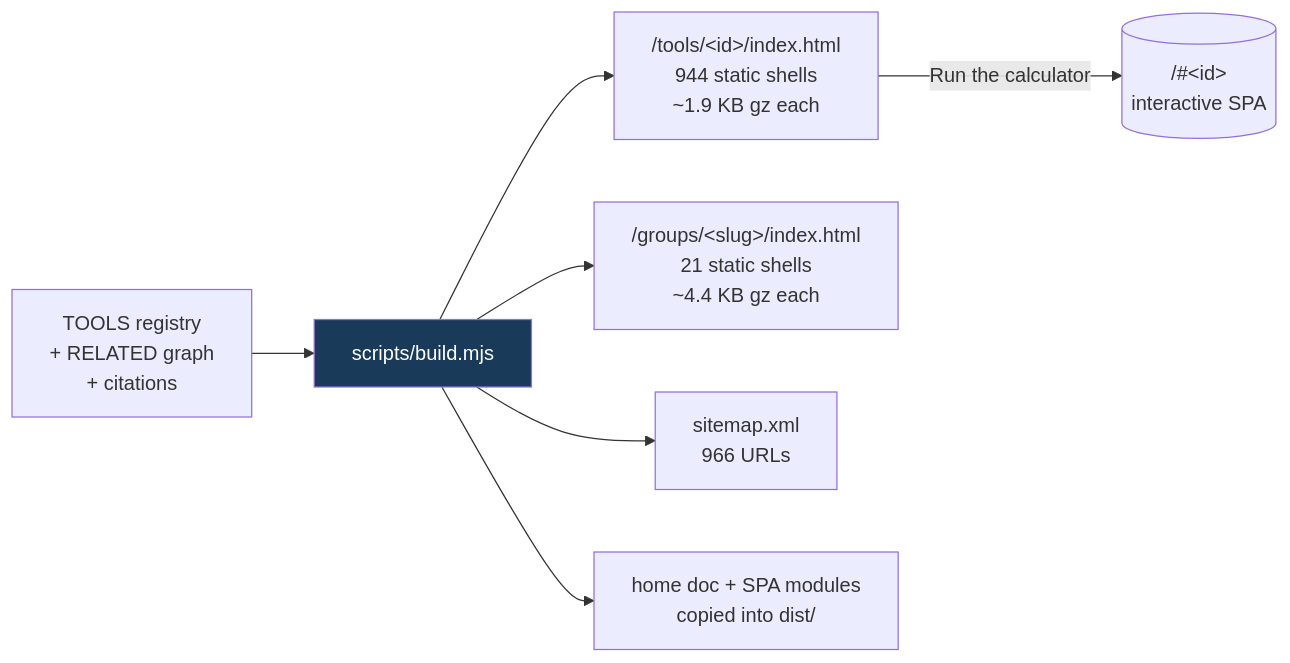
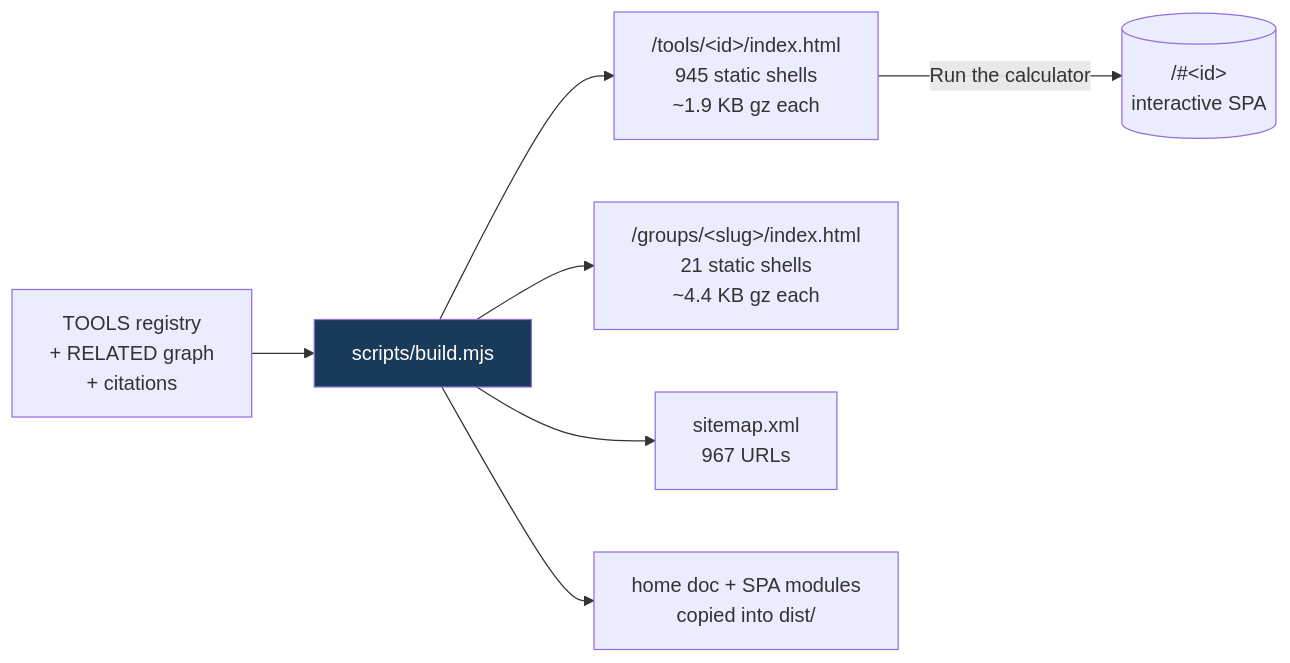
One commit to clay-good/roughlogic.com changed the fifth of 8 diagrams in README.md. Above: the diagram before and after it, drawn with Mermaid. The commit also changed other lines of this file and 12 other files, not shown here.

````diff
--- a/README.md
+++ b/README.md
@@ -495,10 +495,10 @@
 ```mermaid
 flowchart LR
     SRC[TOOLS registry\n+ RELATED graph\n+ citations] --> BUILD[scripts/build.mjs]
-    BUILD --> TILE["/tools/&lt;id&gt;/index.html\n944 static shells\n~1.9 KB gz each"]
+    BUILD --> TILE["/tools/&lt;id&gt;/index.html\n945 static shells\n~1.9 KB gz each"]
     BUILD --> GROUP["/groups/&lt;slug&gt;/index.html\n21 static shells\n~4.4 KB gz each"]
-    BUILD --> MAP["sitemap.xml\n966 URLs"]
+    BUILD --> MAP["sitemap.xml\n967 URLs"]
     BUILD --> COPY[home doc + SPA modules\ncopied into dist/]
     TILE -->|Run the calculator| SPA[("/#&lt;id&gt;\ninteractive SPA")]
     style BUILD fill:#1a3a5a,color:#fff
 ```
````
